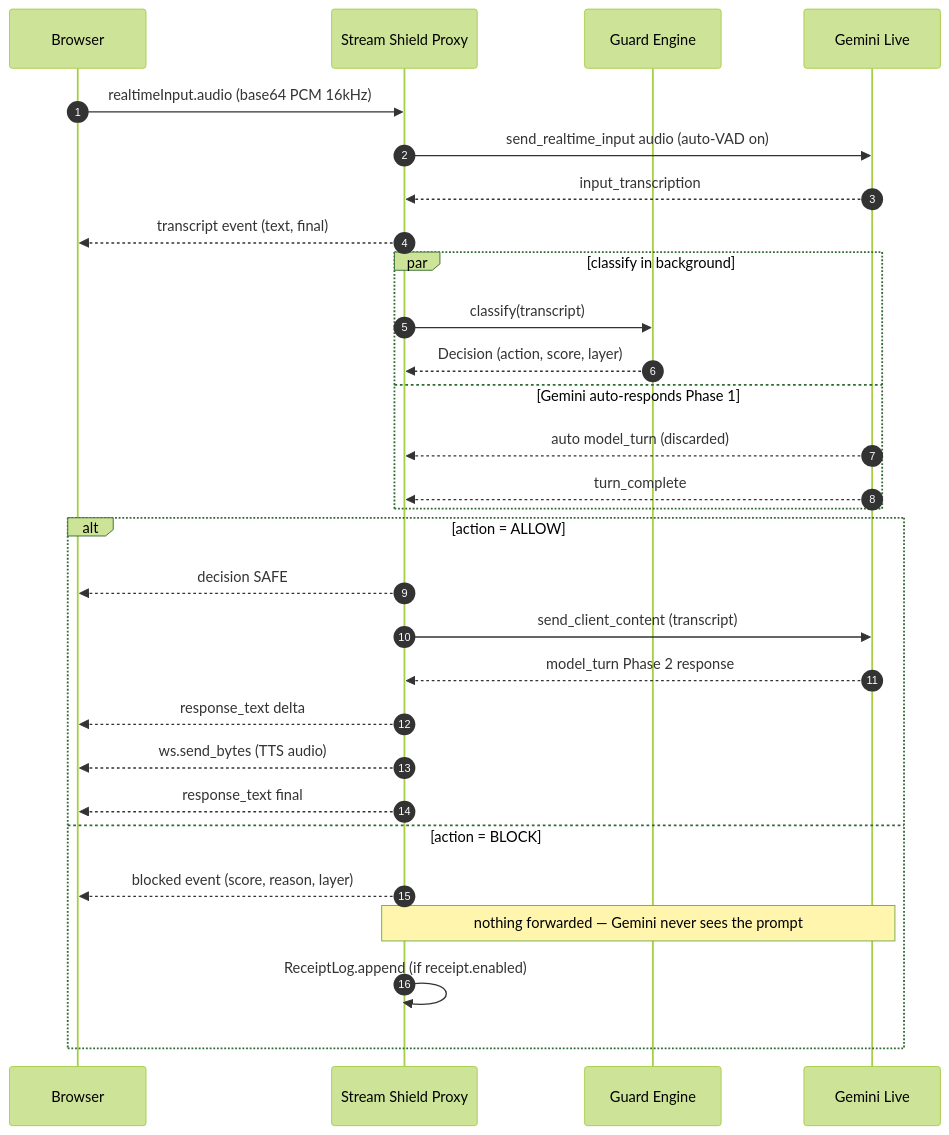
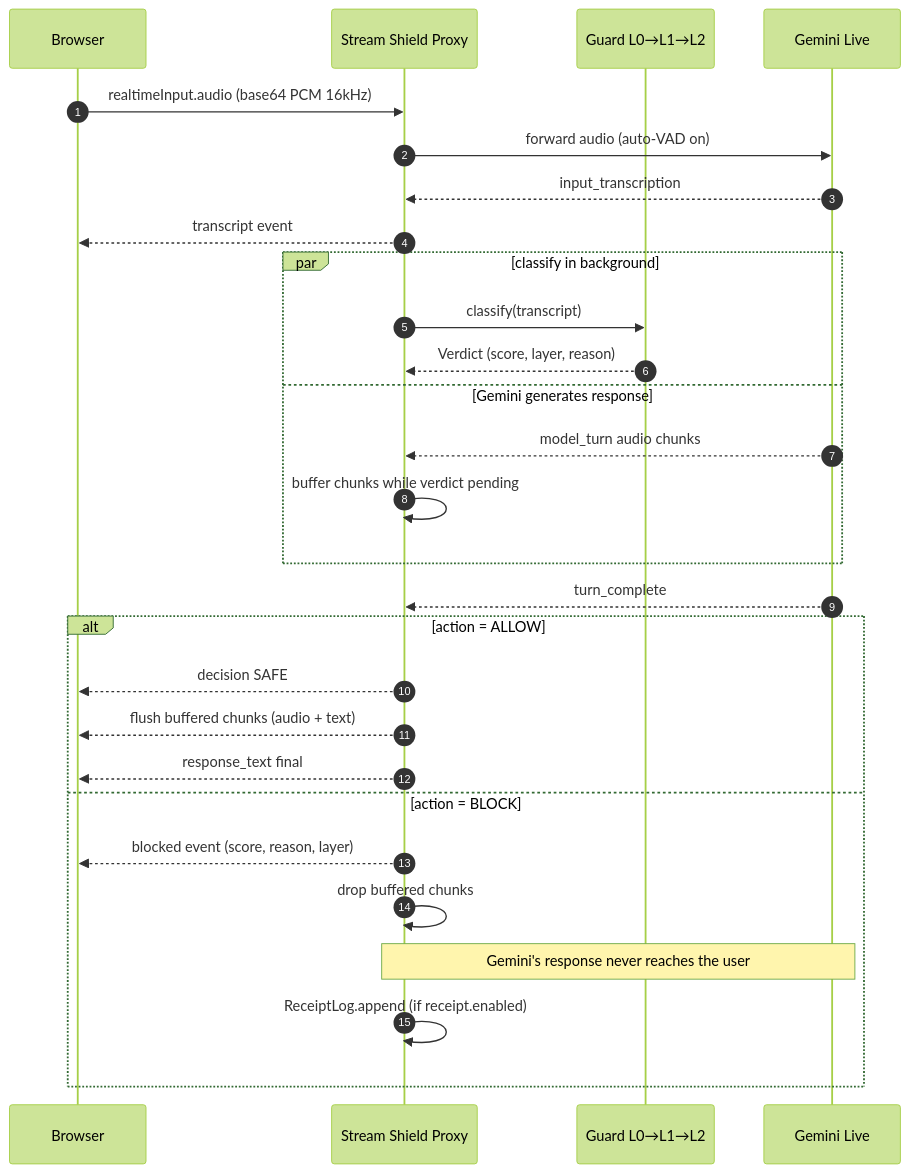
The diagram in README.md (HDSH-hack/stream-shield), drawn with Mermaid (forest theme) before and after one commit. The commit also changed other lines of this file, not shown here.

````diff
--- a/README.md
+++ b/README.md
@@ -22,34 +22,33 @@
 ```mermaid
 sequenceDiagram
     autonumber
     participant U as Browser
     participant P as Stream Shield Proxy
-    participant G as Guard Engine
+    participant G as Guard L0→L1→L2
     participant M as Gemini Live
 
     U->>P: realtimeInput.audio (base64 PCM 16kHz)
-    P->>M: send_realtime_input audio (auto-VAD on)
+    P->>M: forward audio (auto-VAD on)
     M-->>P: input_transcription
-    P-->>U: transcript event (text, final)
+    P-->>U: transcript event
 
     par classify in background
         P->>G: classify(transcript)
-        G-->>P: Decision (action, score, layer)
-    and Gemini auto-responds Phase 1
-        M-->>P: auto model_turn (discarded)
-        M-->>P: turn_complete
+        G-->>P: Verdict (score, layer, reason)
+    and Gemini generates response
+        M-->>P: model_turn audio chunks
+        P->>P: buffer chunks while verdict pending
     end
+    M-->>P: turn_complete
 
     alt action = ALLOW
         P-->>U: decision SAFE
-        P->>M: send_client_content (transcript)
-        M-->>P: model_turn Phase 2 response
-        P-->>U: response_text delta
-        P-->>U: ws.send_bytes (TTS audio)
+        P-->>U: flush buffered chunks (audio + text)
         P-->>U: response_text final
     else action = BLOCK
         P-->>U: blocked event (score, reason, layer)
-        Note over P,M: nothing forwarded — Gemini never sees the prompt
+        P->>P: drop buffered chunks
+        Note over P,M: Gemini's response never reaches the user
         P->>P: ReceiptLog.append (if receipt.enabled)
     end
 ```
````
